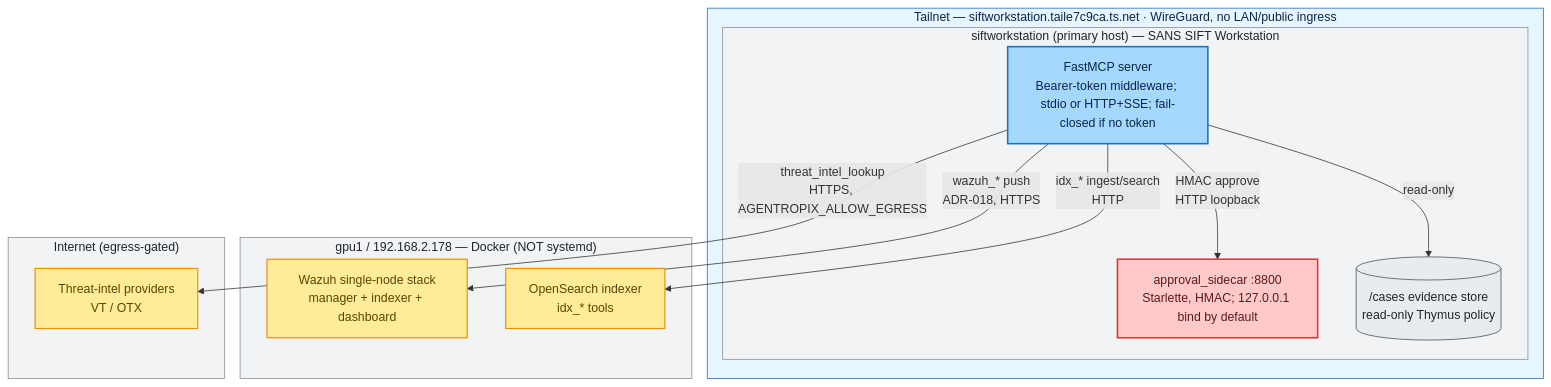
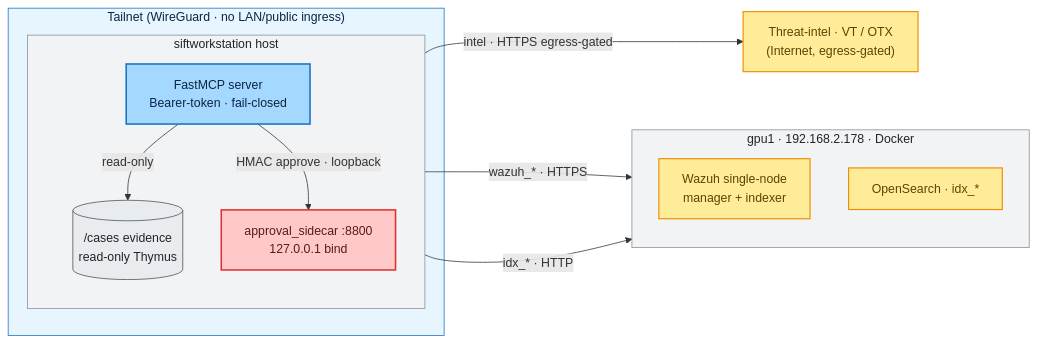
The third of 3 diagrams in docs/02-architecture/system-context-c4.md (galvangabriel-web/agentropix-mcp), drawn with Mermaid before and after one commit. The commit also changed other lines of this file and 1 other file, not shown here.

First line of the commit message:
Narrow wide diagrams so GitLab stops squishing them (readability)

````diff
--- a/docs/02-architecture/system-context-c4.md
+++ b/docs/02-architecture/system-context-c4.md
@@ -154,33 +152,32 @@
 ```mermaid
-flowchart TB
+flowchart LR
     classDef api fill:#a5d8ff,stroke:#1971c2,color:#0b2545,stroke-width:2px
     classDef gov fill:#ffc9c9,stroke:#e03131,color:#5c1a1a,stroke-width:2px
     classDef ext fill:#e9ecef,stroke:#495057,color:#212529,stroke-width:1px
     classDef sink fill:#ffec99,stroke:#f08c00,color:#5c4400,stroke-width:1.5px
 
-    subgraph Tailnet["Tailnet — siftworkstation.taile7c9ca.ts.net · WireGuard, no LAN/public ingress"]
-        subgraph WS["siftworkstation (primary host) — SANS SIFT Workstation"]
-            MCP2["FastMCP server<br/>Bearer-token middleware; stdio or HTTP+SSE; fail-closed if no token"]:::api
-            Approval2["approval_sidecar :8800<br/>Starlette, HMAC; 127.0.0.1 bind by default"]:::gov
-            Cases[("/cases evidence store<br/>read-only Thymus policy")]:::ext
+    subgraph Tailnet["Tailnet (WireGuard · no LAN/public ingress)"]
+        subgraph WS["siftworkstation host"]
+            direction TB
+            MCP2["FastMCP server<br/>Bearer-token · fail-closed"]:::api
+            Approval2["approval_sidecar :8800<br/>127.0.0.1 bind"]:::gov
+            Cases[("/cases evidence<br/>read-only Thymus")]:::ext
         end
     end
-    subgraph GPU1["gpu1 / 192.168.2.178 — Docker (NOT systemd)"]
-        Wazuh2["Wazuh single-node stack<br/>manager + indexer + dashboard"]:::sink
-        OS2["OpenSearch indexer<br/>idx_* tools"]:::sink
+    subgraph GPU1["gpu1 · 192.168.2.178 · Docker"]
+        direction TB
+        Wazuh2["Wazuh single-node<br/>manager + indexer"]:::sink
+        OS2["OpenSearch · idx_*"]:::sink
     end
-    subgraph Net["Internet (egress-gated)"]
-        Intel2["Threat-intel providers<br/>VT / OTX"]:::sink
-    end
+    Intel2["Threat-intel · VT / OTX<br/>(Internet, egress-gated)"]:::sink
 
     MCP2 -->|"read-only"| Cases
-    MCP2 -->|"wazuh_* push<br/>ADR-018, HTTPS"| Wazuh2
-    MCP2 -->|"idx_* ingest/search<br/>HTTP"| OS2
-    MCP2 -->|"threat_intel_lookup<br/>HTTPS, AGENTROPIX_ALLOW_EGRESS"| Intel2
-    MCP2 -->|"HMAC approve<br/>HTTP loopback"| Approval2
+    MCP2 -->|"HMAC approve · loopback"| Approval2
+    MCP2 -->|"wazuh_* · HTTPS"| Wazuh2
+    MCP2 -->|"idx_* · HTTP"| OS2
+    MCP2 -->|"intel · HTTPS egress-gated"| Intel2
 
     style Tailnet fill:#e7f5ff,stroke:#1971c2,color:#0b2545
     style WS fill:#f1f3f5,stroke:#868e96,color:#212529
     style GPU1 fill:#f1f3f5,stroke:#868e96,color:#212529
-    style Net fill:#f1f3f5,stroke:#868e96,color:#212529
 ```
````
